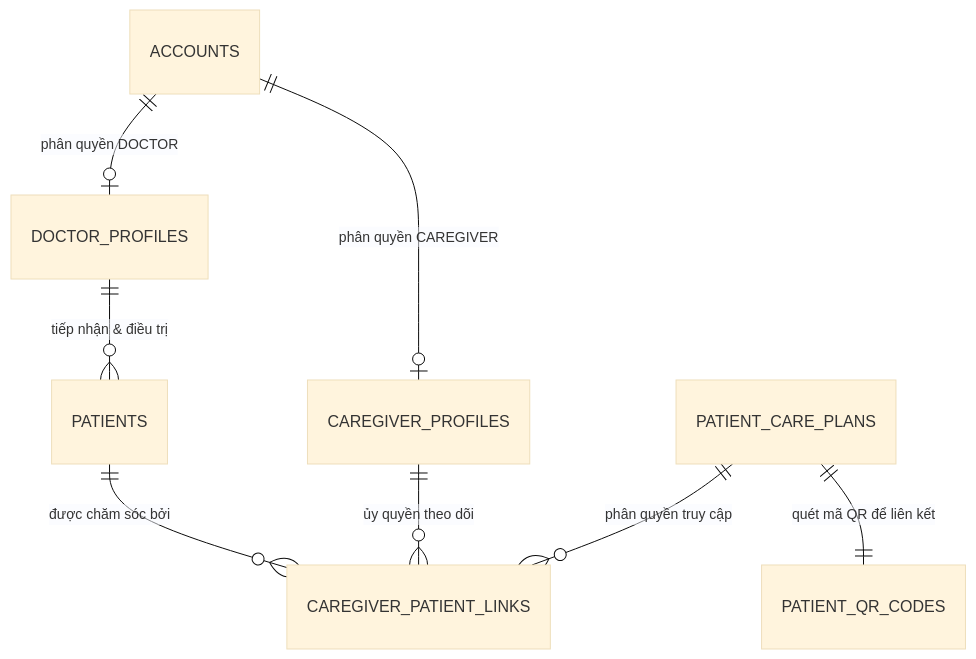
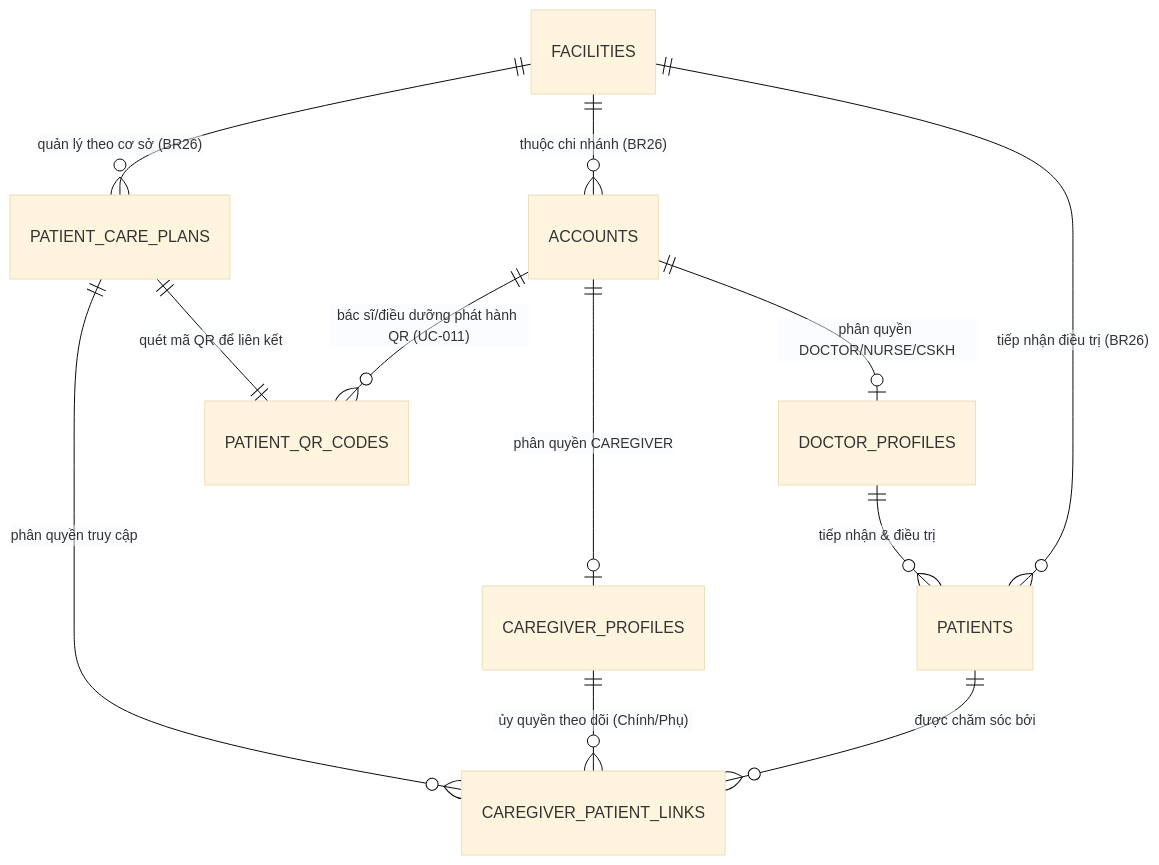
Before and after one commit to khangpd15/ba-learing-path: the second of 5 diagrams in 02_ERD.md, drawn with Mermaid (base theme). The commit also changed other lines of this file and 6 other files, not shown here.

````diff
--- a/02_ERD.md
+++ b/02_ERD.md
@@ -358,10 +419,14 @@
 ```mermaid
 erDiagram
-    ACCOUNTS ||--o| DOCTOR_PROFILES : "phân quyền DOCTOR"
+    FACILITIES ||--o{ ACCOUNTS : "thuộc chi nhánh (BR26)"
+    FACILITIES ||--o{ PATIENTS : "tiếp nhận điều trị (BR26)"
+    FACILITIES ||--o{ PATIENT_CARE_PLANS : "quản lý theo cơ sở (BR26)"
+    ACCOUNTS ||--o| DOCTOR_PROFILES : "phân quyền DOCTOR/NURSE/CSKH"
     ACCOUNTS ||--o| CAREGIVER_PROFILES : "phân quyền CAREGIVER"
+    ACCOUNTS ||--o{ PATIENT_QR_CODES : "bác sĩ/điều dưỡng phát hành QR (UC-011)"
     DOCTOR_PROFILES ||--o{ PATIENTS : "tiếp nhận & điều trị"
     PATIENTS ||--o{ CAREGIVER_PATIENT_LINKS : "được chăm sóc bởi"
-    CAREGIVER_PROFILES ||--o{ CAREGIVER_PATIENT_LINKS : "ủy quyền theo dõi"
+    CAREGIVER_PROFILES ||--o{ CAREGIVER_PATIENT_LINKS : "ủy quyền theo dõi (Chính/Phụ)"
     PATIENT_CARE_PLANS ||--o{ CAREGIVER_PATIENT_LINKS : "phân quyền truy cập"
     PATIENT_CARE_PLANS ||--|| PATIENT_QR_CODES : "quét mã QR để liên kết"
 ```
````
